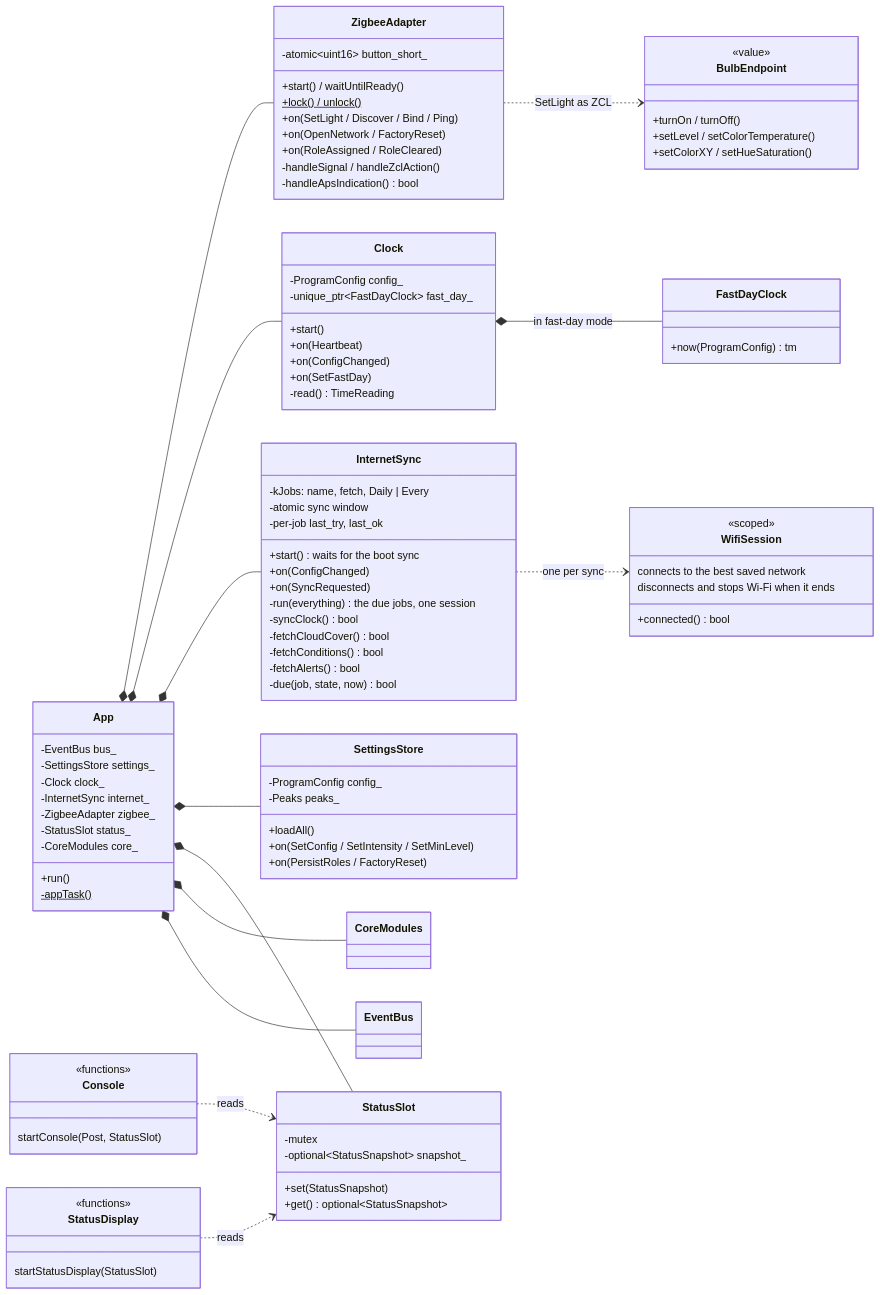
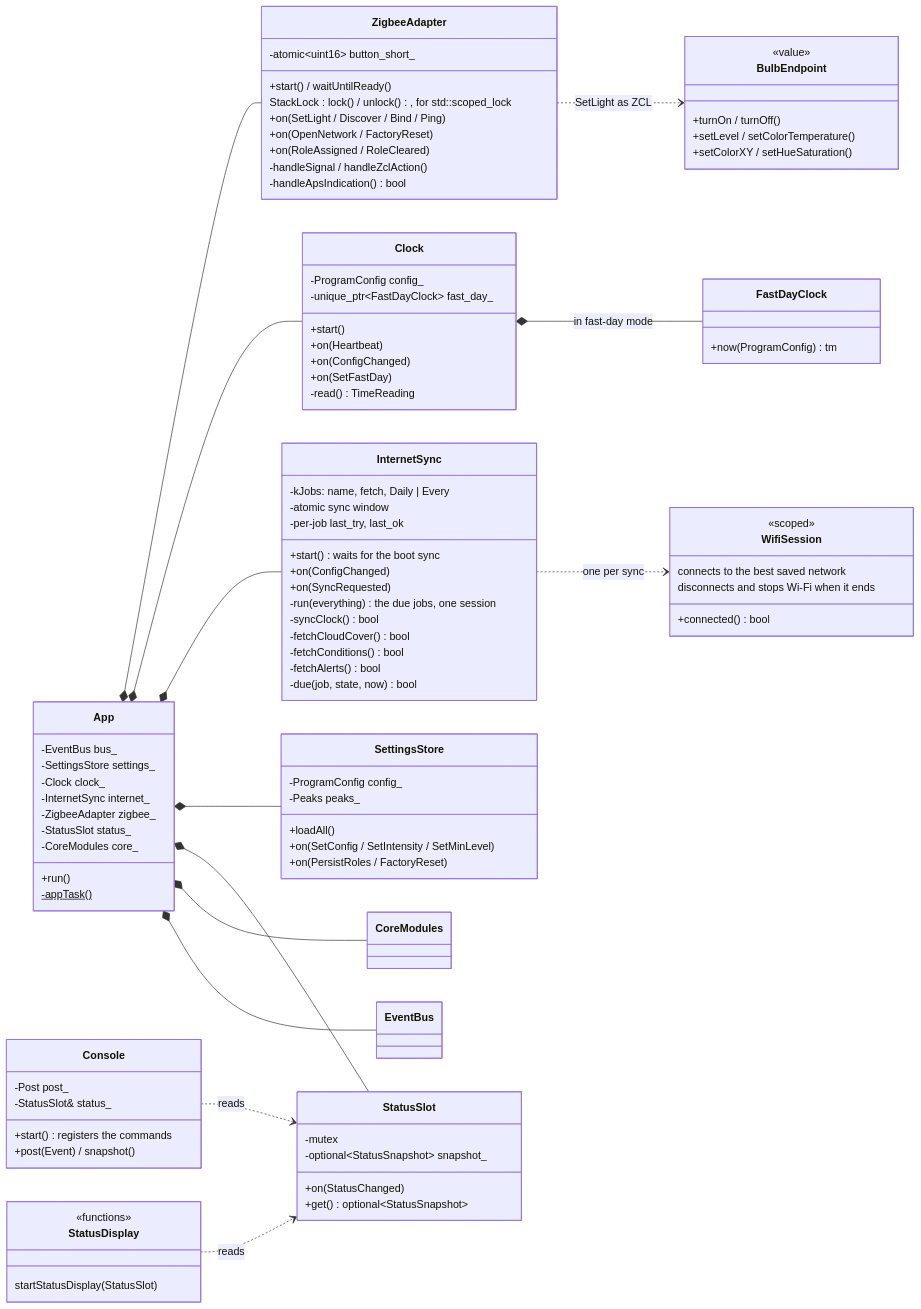
One commit to bjerre/sunsim changed the fifth of 10 diagrams in ARCHITECTURE.md. Above: the diagram before and after it, drawn with Mermaid. The commit also changed 6 other files, not shown here.

First line of the commit message:
Platform idioms: a Console object, a scoped stack lock, a jthread sync

```diff
--- a/ARCHITECTURE.md
+++ b/ARCHITECTURE.md
@@ -385,7 +385,7 @@
     class ZigbeeAdapter {
         -atomic~uint16~ button_short_
         +start() / waitUntilReady()
-        +lock() / unlock()$
+        StackLock : lock() / unlock(), for std::scoped_lock
         +on(SetLight / Discover / Bind / Ping)
         +on(OpenNetwork / FactoryReset)
         +on(RoleAssigned / RoleCleared)
@@ -440,12 +440,14 @@
     class StatusSlot {
         -mutex
         -optional~StatusSnapshot~ snapshot_
-        +set(StatusSnapshot)
+        +on(StatusChanged)
         +get() optional~StatusSnapshot~
     }
     class Console {
-        <<functions>>
-        startConsole(Post, StatusSlot)
+        -Post post_
+        -StatusSlot& status_
+        +start() registers the commands
+        +post(Event) / snapshot()
     }
     class StatusDisplay {
         <<functions>>
```
